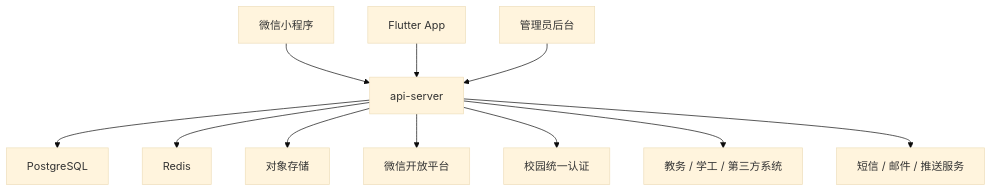
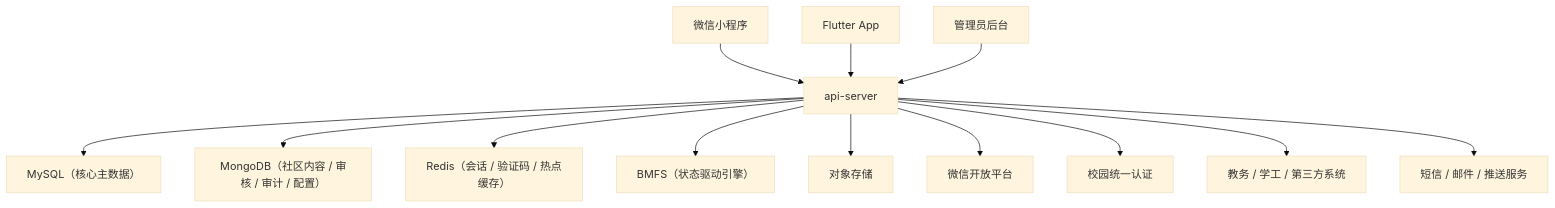
The diagram in ARCHITECTURE.md (LDouble/weouc2026), drawn with Mermaid (base theme) before and after one commit. The commit also changed other lines of this file and 41 other files, not shown here.

Commit message:
refactor(api-server): switch storage runtime to mysql mongo redis

````diff
--- a/ARCHITECTURE.md
+++ b/ARCHITECTURE.md
@@ -26,15 +32,17 @@
 ```mermaid
 graph TD
     A["微信小程序"] --> G["api-server"]
     B["Flutter App"] --> G
     C["管理员后台"] --> G
 
-    G --> D["PostgreSQL"]
-    G --> E["Redis"]
+    G --> D["MySQL（核心主数据）"]
+    G --> M["MongoDB（社区内容 / 审核 / 审计 / 配置）"]
+    G --> E["Redis（会话 / 验证码 / 热点缓存）"]
+    G --> N["BMFS（状态驱动引擎）"]
     G --> F["对象存储"]
 
     G --> H["微信开放平台"]
     G --> I["校园统一认证"]
     G --> J["教务 / 学工 / 第三方系统"]
     G --> K["短信 / 邮件 / 推送服务"]
 ```
````
